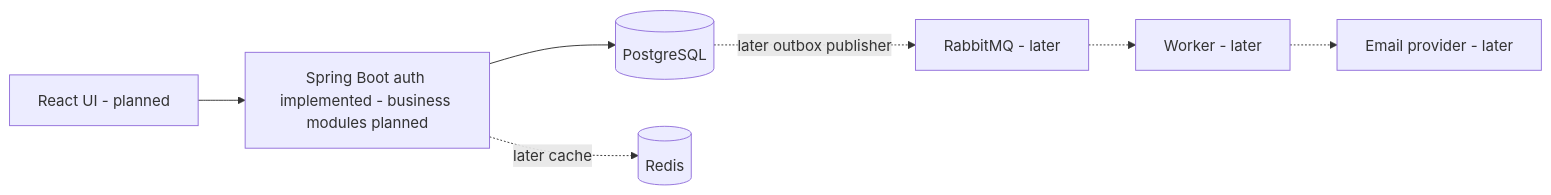
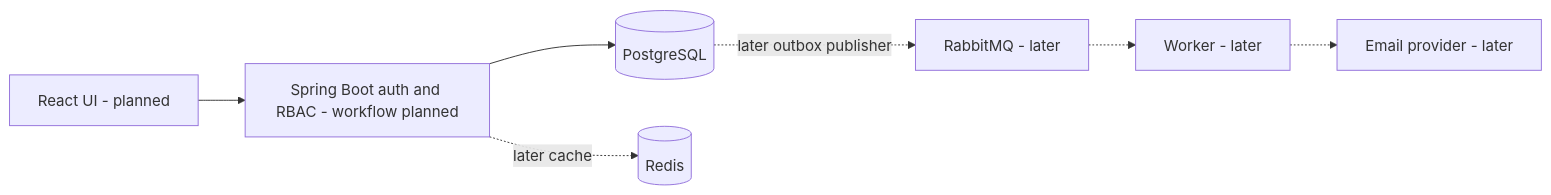
The diagram in README.md (sagarbagwe/gateflow), drawn with Mermaid before and after one commit. The commit also changed other lines of this file and 38 other files, not shown here.

````diff
--- a/README.md
+++ b/README.md
@@ -39,9 +42,9 @@
 ```mermaid
 flowchart LR
-    Browser[React UI - planned] --> API[Spring Boot auth implemented - business modules planned]
+    Browser[React UI - planned] --> API[Spring Boot auth and RBAC - workflow planned]
     API --> DB[(PostgreSQL)]
     API -. later cache .-> Redis[(Redis)]
     DB -. later outbox publisher .-> Queue[RabbitMQ - later]
     Queue -.-> Worker[Worker - later]
     Worker -.-> Mail[Email provider - later]
 ```
````
